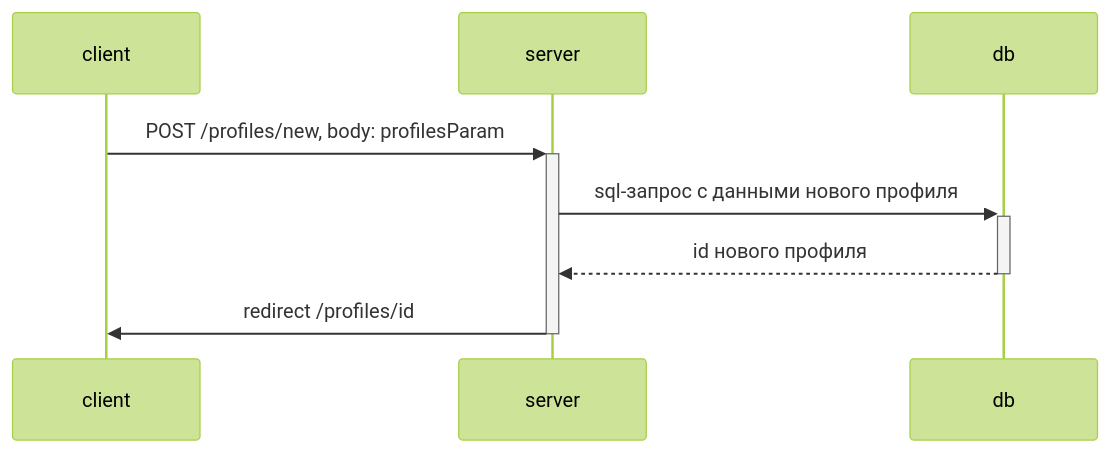
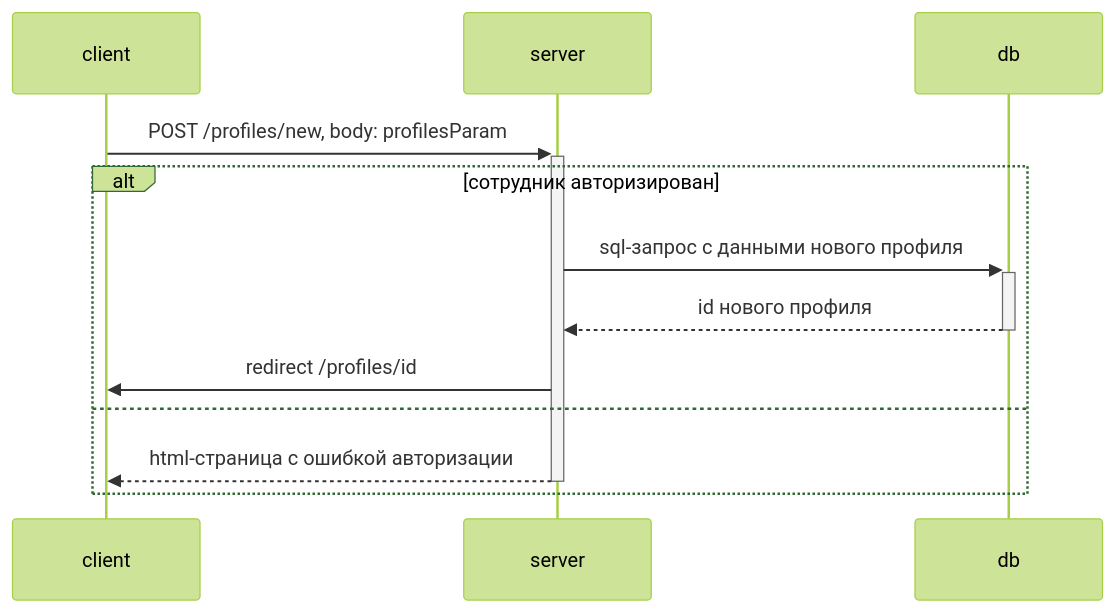
One commit to Ergorium/Web-technology-3c-6s changed the diagram in documentation/diagrams/sequenceDiagrams/profiles.post.new.md. Above: the diagram before and after it, drawn with Mermaid (forest theme). The commit also changed 16 other files, not shown here.

````diff
--- a/documentation/diagrams/sequenceDiagrams/profiles.post.new.md
+++ b/documentation/diagrams/sequenceDiagrams/profiles.post.new.md
@@ -3,10 +3,14 @@
 ```mermaid
 sequenceDiagram;
 	participant client
 	participant server
 	participant db
   client->>+server: POST /profiles/new, body: profilesParam
-  server->>+db: sql-запрос с данными нового профиля
-  db-->>-server: id нового профиля
-  server->>-client: redirect /profiles/id
+  alt сотрудник авторизирован
+    server->>+db: sql-запрос с данными нового профиля
+    db-->>-server: id нового профиля
+    server->>client: redirect /profiles/id
+  else
+    server-->>-client: html-страница с ошибкой авторизации
+  end
 ```
````
